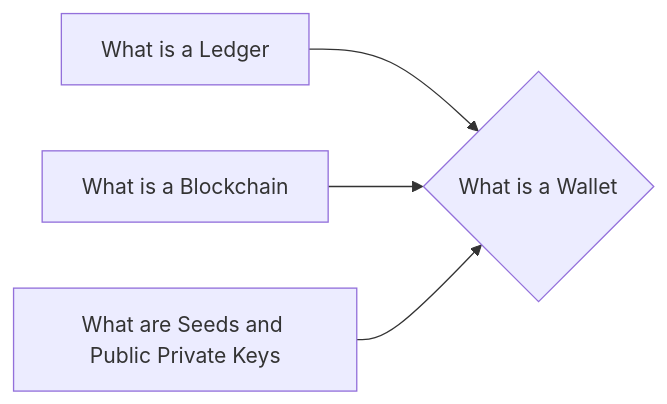
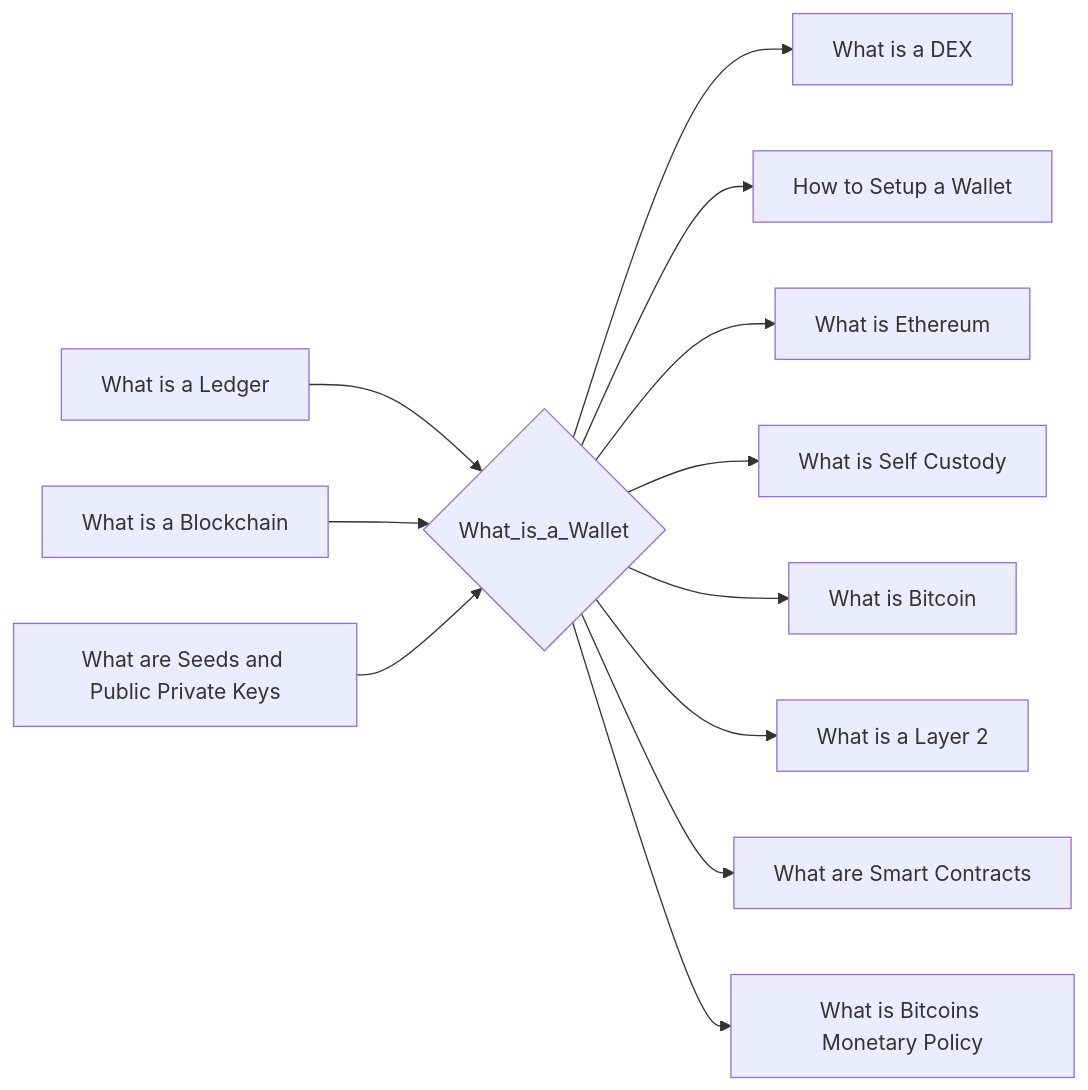
The diagram in notes/What_is_a_Wallet.md (lpurdy01/crypto-knowledge-map), drawn with Mermaid before and after one commit. The commit also changed 161 other files, not shown here.

````diff
--- a/notes/What_is_a_Wallet.md
+++ b/notes/What_is_a_Wallet.md
@@ -12,6 +12,14 @@
 ```mermaid
 graph LR
-1["What is a Ledger"]-->0{"What is a Wallet"}
-2["What is a Blockchain"]-->0{"What is a Wallet"}
-3["What are Seeds and Public Private Keys"]-->0{"What is a Wallet"}
+1["What is a Ledger"]-->0{"What_is_a_Wallet"}
+2["What is a Blockchain"]-->0{"What_is_a_Wallet"}
+3["What are Seeds and Public Private Keys"]-->0{"What_is_a_Wallet"}
+0{"What_is_a_Wallet"}-->4["What is a DEX"]
+0{"What_is_a_Wallet"}-->5["How to Setup a Wallet"]
+0{"What_is_a_Wallet"}-->6["What is Ethereum"]
+0{"What_is_a_Wallet"}-->7["What is Self Custody"]
+0{"What_is_a_Wallet"}-->8["What is Bitcoin"]
+0{"What_is_a_Wallet"}-->9["What is a Layer 2"]
+0{"What_is_a_Wallet"}-->10["What are Smart Contracts"]
+0{"What_is_a_Wallet"}-->11["What is Bitcoins Monetary Policy"]
 ```
````
